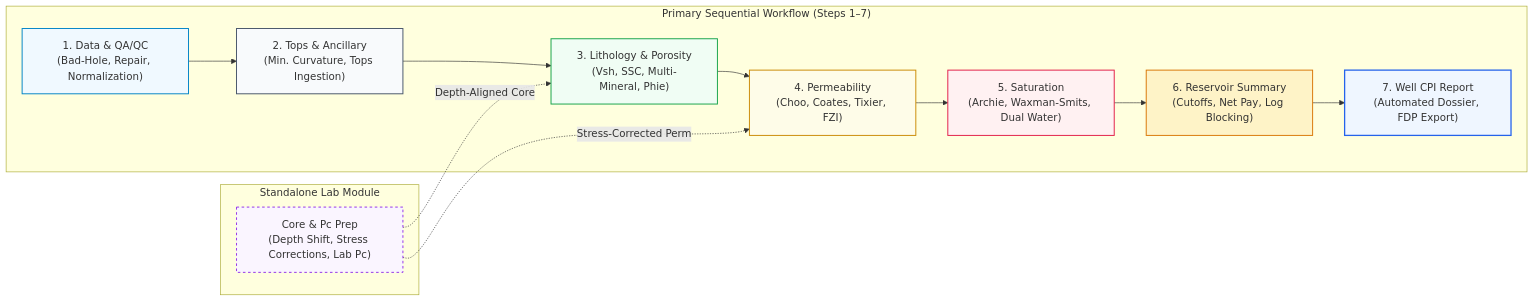
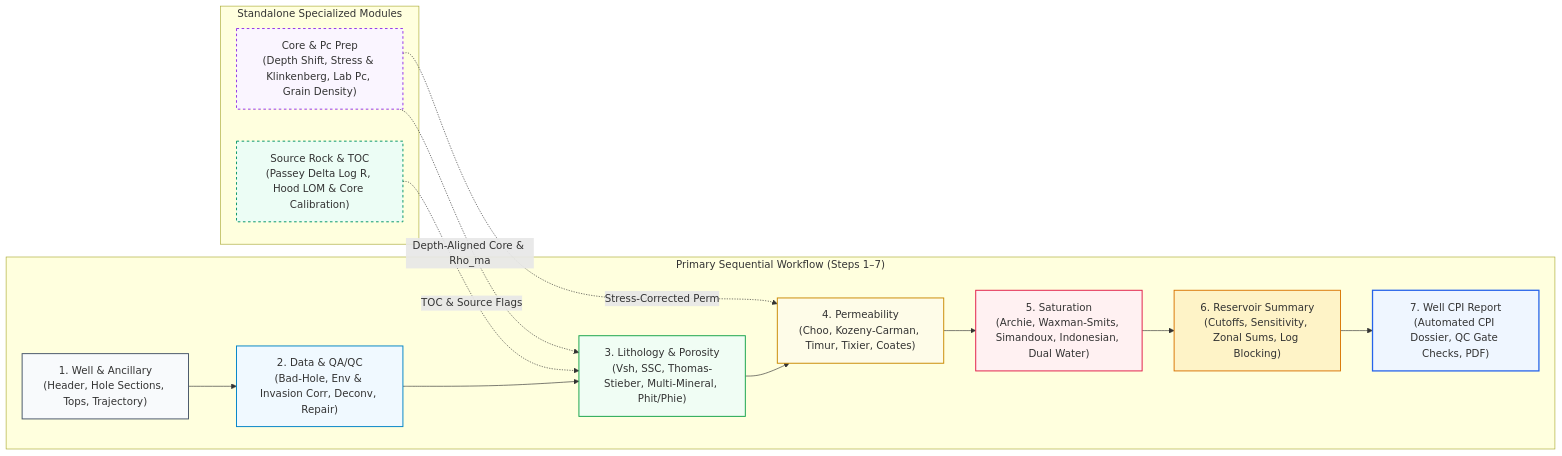
The first of 2 diagrams in docs/workflows/single_well.md (imranfadhil/quick_pp), drawn with Mermaid before and after one commit. The commit also changed other lines of this file and 5 other files, not shown here.

````diff
--- a/docs/workflows/single_well.md
+++ b/docs/workflows/single_well.md
@@ -23,27 +21,30 @@
 ```mermaid
 flowchart LR
     subgraph PrimarySeq["Primary Sequential Workflow (Steps 1–7)"]
-        A["1. Data & QA/QC\n(Bad-Hole, Repair, Normalization)"] --> B["2. Tops & Ancillary\n(Min. Curvature, Tops Ingestion)"]
-        B --> C["3. Lithology & Porosity\n(Vsh, SSC, Multi-Mineral, Phie)"]
-        C --> D["4. Permeability\n(Choo, Coates, Tixier, FZI)"]
-        D --> E["5. Saturation\n(Archie, Waxman-Smits, Dual Water)"]
-        E --> F["6. Reservoir Summary\n(Cutoffs, Net Pay, Log Blocking)"]
-        F --> G["7. Well CPI Report\n(Automated Dossier, FDP Export)"]
+        A["1. Well & Ancillary\n(Header, Hole Sections, Tops, Trajectory)"] --> B["2. Data & QA/QC\n(Bad-Hole, Env & Invasion Corr, Deconv, Repair)"]
+        B --> C["3. Lithology & Porosity\n(Vsh, SSC, Thomas-Stieber, Multi-Mineral, Phit/Phie)"]
+        C --> D["4. Permeability\n(Choo, Kozeny-Carman, Timur, Tixier, Coates)"]
+        D --> E["5. Saturation\n(Archie, Waxman-Smits, Simandoux, Indonesian, Dual Water)"]
+        E --> F["6. Reservoir Summary\n(Cutoffs, Sensitivity, Zonal Sums, Log Blocking)"]
+        F --> G["7. Well CPI Report\n(Automated CPI Dossier, QC Gate Checks, PDF)"]
     end
 
-    subgraph StandaloneLab["Standalone Lab Module"]
-        LAB["Core & Pc Prep\n(Depth Shift, Stress Corrections, Lab Pc)"]
+    subgraph StandaloneMods["Standalone Specialized Modules"]
+        LAB["Core & Pc Prep\n(Depth Shift, Stress & Klinkenberg, Lab Pc, Grain Density)"]
+        TOC["Source Rock & TOC\n(Passey Delta Log R, Hood LOM & Core Calibration)"]
     end
 
-    LAB -.->|Depth-Aligned Core| C
+    LAB -.->|Depth-Aligned Core & Rho_ma| C
     LAB -.->|Stress-Corrected Perm| D
+    TOC -.->|TOC & Source Flags| C
 
-    style A fill:#f0f9ff,stroke:#0284c7,stroke-width:1.5px
-    style B fill:#f8fafc,stroke:#475569,stroke-width:1.5px
+    style A fill:#f8fafc,stroke:#475569,stroke-width:1.5px
+    style B fill:#f0f9ff,stroke:#0284c7,stroke-width:1.5px
     style C fill:#f0fdf4,stroke:#16a34a,stroke-width:1.5px
     style D fill:#fefce8,stroke:#ca8a04,stroke-width:1.5px
     style E fill:#fff1f2,stroke:#e11d48,stroke-width:1.5px
     style F fill:#fef3c7,stroke:#d97706,stroke-width:1.5px
     style G fill:#eff6ff,stroke:#2563eb,stroke-width:2px
     style LAB fill:#faf5ff,stroke:#9333ea,stroke-width:1.5px,stroke-dasharray: 4 4
+    style TOC fill:#ecfdf5,stroke:#059669,stroke-width:1.5px,stroke-dasharray: 4 4
 ```
````
